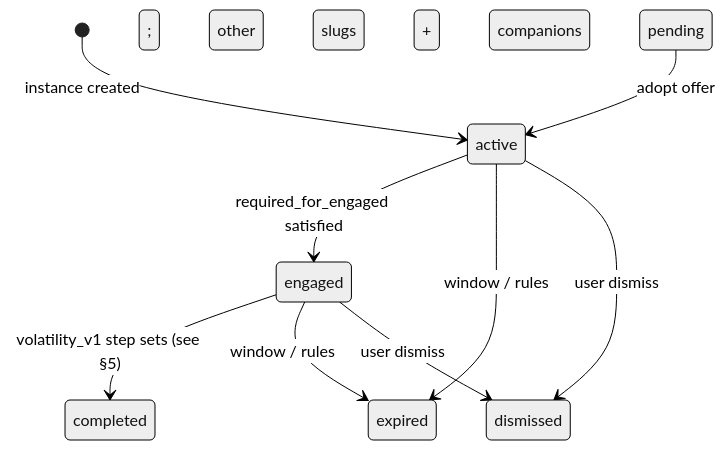
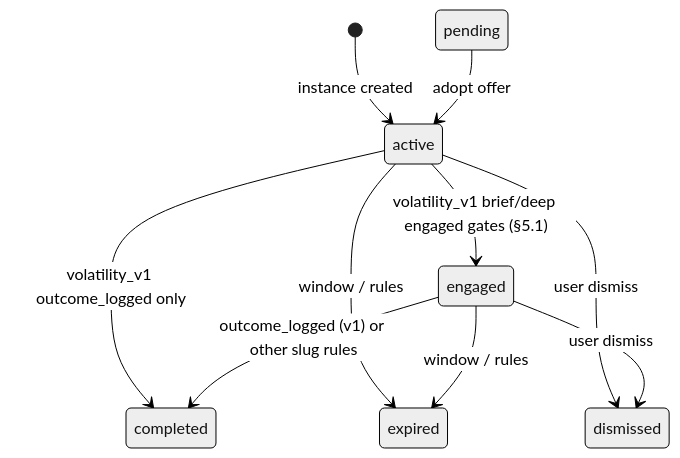
The diagram in docs/systems/pause-system.md (Angelguirao/holzen), drawn with Mermaid (neutral theme) before and after one commit. The commit also changed other lines of this file and 4 other files, not shown here.

First line of the commit message:
fix(pause): volatility_v1 completed = outcome_logged only

````diff
--- a/docs/systems/pause-system.md
+++ b/docs/systems/pause-system.md
@@ -56,11 +56,12 @@
 ```mermaid
 stateDiagram-v2
   [*] --> active: instance created
-  active --> engaged: required_for_engaged satisfied
-  engaged --> completed: volatility_v1 step sets (see §5); other slugs + companions
+  active --> engaged: volatility_v1 brief/deep engaged gates (§5.1)
+  active --> completed: volatility_v1 outcome_logged only
+  engaged --> completed: outcome_logged (v1) or other slug rules
   active --> expired: window / rules
   engaged --> expired: window / rules
   active --> dismissed: user dismiss
   engaged --> dismissed: user dismiss
   pending --> active: adopt offer
 ```
````
